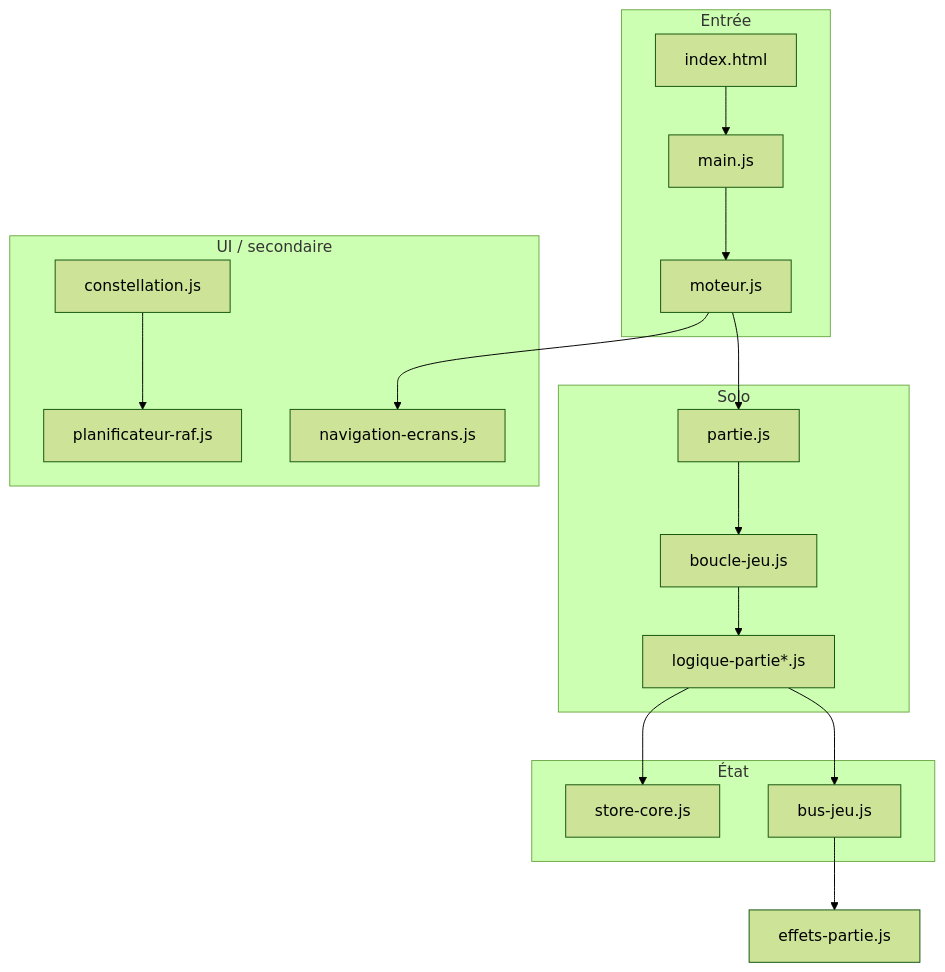
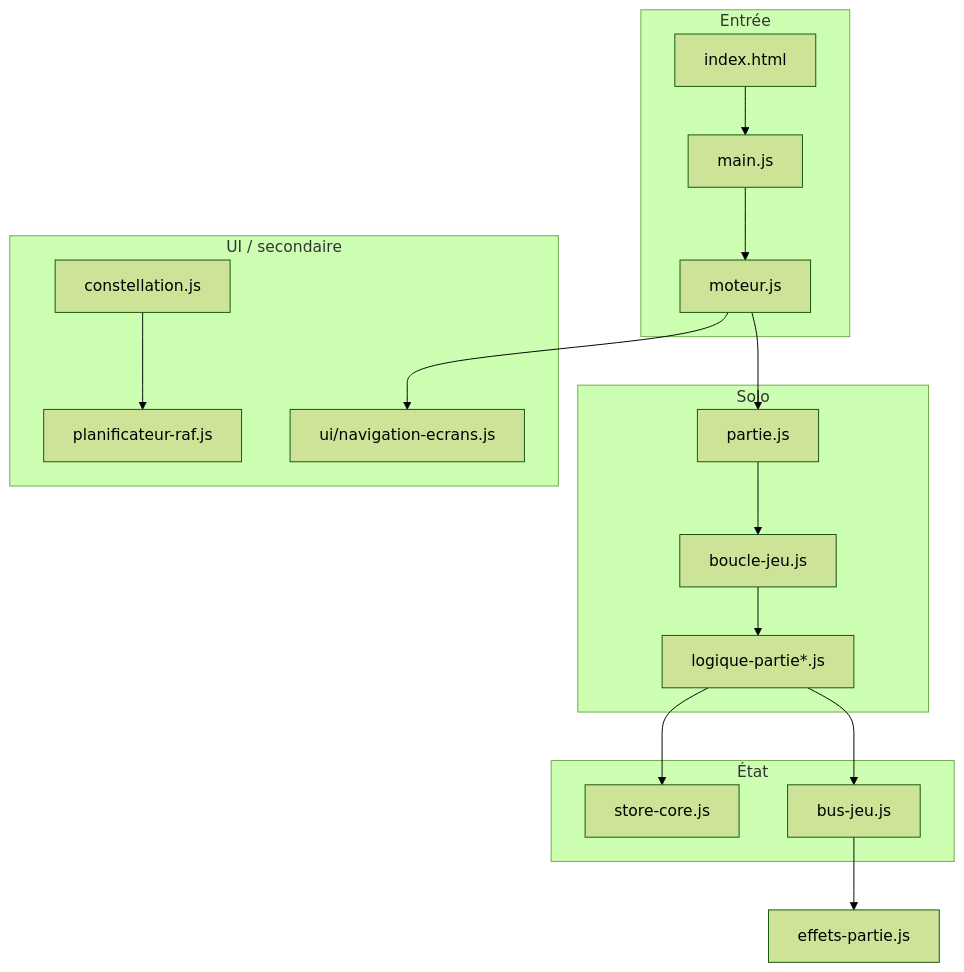
Before and after one commit to Jackavery1/Derni-re-ligne: the diagram in docs/architecture.md, drawn with Mermaid (forest theme). The commit also changed other lines of this file and 566 other files, not shown here.

````diff
--- a/docs/architecture.md
+++ b/docs/architecture.md
@@ -99,35 +100,35 @@
 ```mermaid
 flowchart TB
     subgraph entree [Entrée]
         index[index.html]
         main[main.js]
         moteur[moteur.js]
     end
 
     subgraph etat [État]
         store[store-core.js]
         bus[bus-jeu.js]
     end
 
     subgraph solo [Solo]
         partie[partie.js]
         boucle[boucle-jeu.js]
         logique[logique-partie*.js]
     end
 
     subgraph ui [UI / secondaire]
-        nav[navigation-ecrans.js]
+        nav[ui/navigation-ecrans.js]
         raf[planificateur-raf.js]
         constellation[constellation.js]
     end
 
     index --> main --> moteur
     moteur --> nav
     moteur --> partie
     partie --> boucle
     boucle --> logique
     logique --> store
     logique --> bus
     bus --> effets[effets-partie.js]
     constellation --> raf
 ```
````
